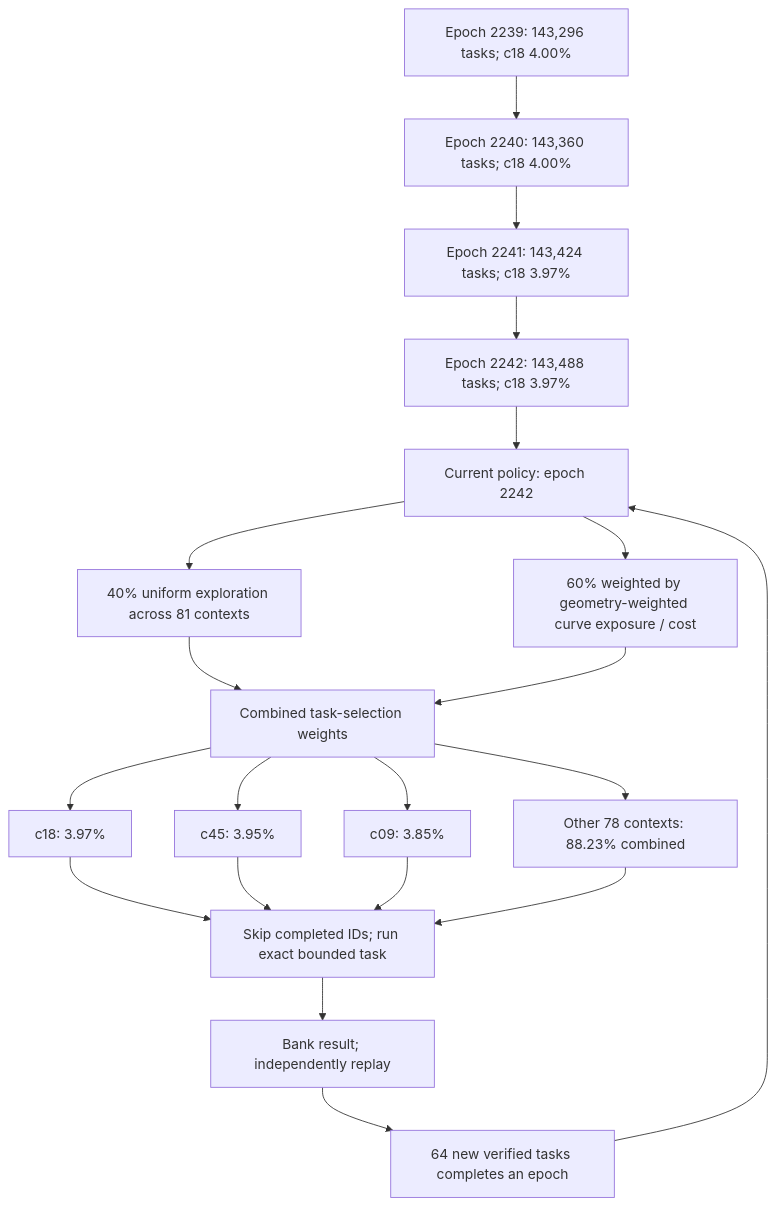
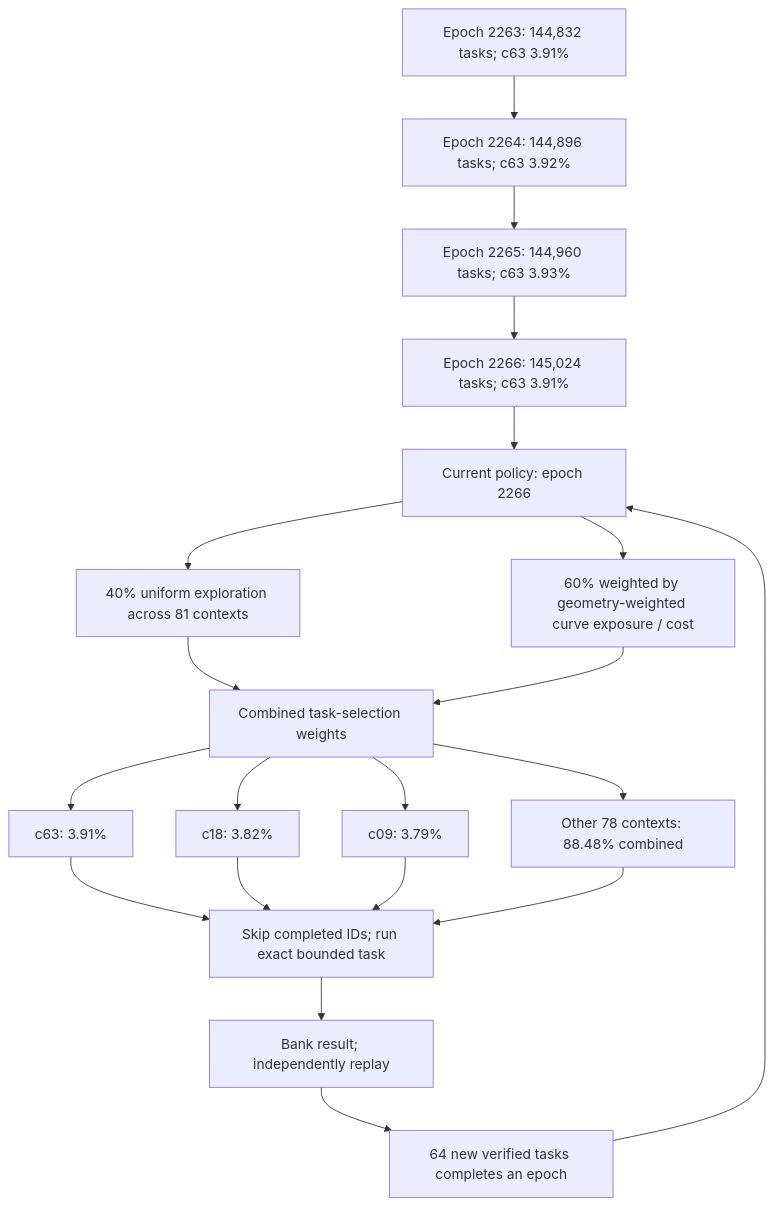
One commit to Kuberwastaken/math-gambling changed the first of 3 diagrams in README.md. Above: the diagram before and after it, drawn with Mermaid. The commit also changed other lines of this file and 3096 other files, not shown here.

````diff
--- a/README.md
+++ b/README.md
@@ -56,27 +56,27 @@
 ```mermaid
 flowchart TD
-    H0["Epoch 2239: 143,296 tasks; c18 4.00%"]
-    H1["Epoch 2240: 143,360 tasks; c18 4.00%"]
+    H0["Epoch 2263: 144,832 tasks; c63 3.91%"]
+    H1["Epoch 2264: 144,896 tasks; c63 3.92%"]
     H0 --> H1
-    H2["Epoch 2241: 143,424 tasks; c18 3.97%"]
+    H2["Epoch 2265: 144,960 tasks; c63 3.93%"]
     H1 --> H2
-    H3["Epoch 2242: 143,488 tasks; c18 3.97%"]
+    H3["Epoch 2266: 145,024 tasks; c63 3.91%"]
     H2 --> H3
-    Policy["Current policy: epoch 2242"]
+    Policy["Current policy: epoch 2266"]
     H3 --> Policy
     Policy --> Explore["40% uniform exploration across 81 contexts"]
     Policy --> Cost["60% weighted by geometry-weighted curve exposure / cost"]
     Explore --> Mix["Combined task-selection weights"]
     Cost --> Mix
-    Mix --> C0["c18: 3.97%"]
-    Mix --> C1["c45: 3.95%"]
-    Mix --> C2["c09: 3.85%"]
-    Mix --> Rest["Other 78 contexts: 88.23% combined"]
+    Mix --> C0["c63: 3.91%"]
+    Mix --> C1["c18: 3.82%"]
+    Mix --> C2["c09: 3.79%"]
+    Mix --> Rest["Other 78 contexts: 88.48% combined"]
     C0 --> Check["Skip completed IDs; run exact bounded task"]
     C1 --> Check
     C2 --> Check
     Rest --> Check
     Check --> Replay["Bank result; independently replay"]
     Replay --> Gate["64 new verified tasks completes an epoch"]
     Gate --> Policy
 ```
````
